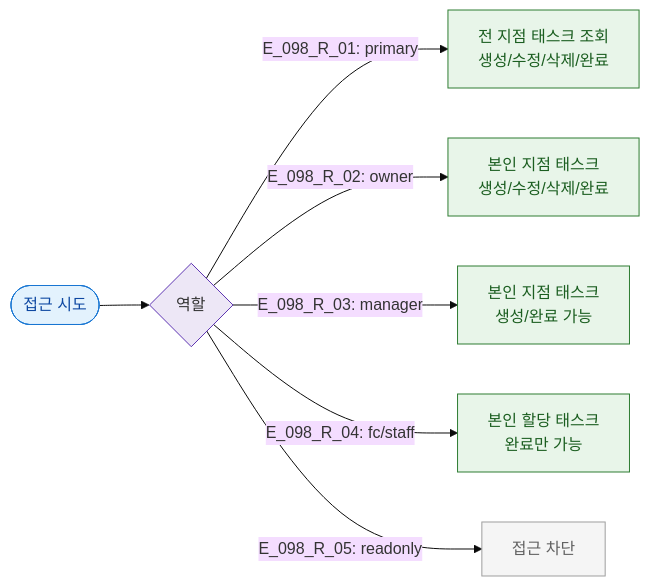
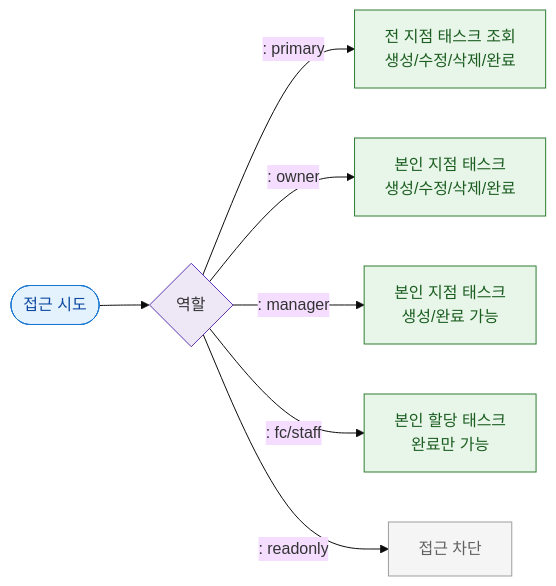
One commit to dev-spogym/admin-pando changed the diagram in docs/다이어그램/D10_본사관리/SCR-098_오늘의할일/F7_권한.md. Above: the diagram before and after it, drawn with Mermaid (base theme). The commit also changed other lines of this file and 1660 other files, not shown here.

First line of the commit message:
다이어그램: 기획자/클라이언트 납품본으로 정리

````diff
--- a/docs/다이어그램/D10_본사관리/SCR-098_오늘의할일/F7_권한.md
+++ b/docs/다이어그램/D10_본사관리/SCR-098_오늘의할일/F7_권한.md
@@ -14,20 +12,20 @@
 ```mermaid
 flowchart LR
   Entry([접근 시도]) --> Role{역할}
 
-  Role -->|"E_098_R_01: primary"| PrimaryView[전 지점 태스크 조회\n생성/수정/삭제/완료]
-  Role -->|"E_098_R_02: owner"| OwnerView[본인 지점 태스크\n생성/수정/삭제/완료]
-  Role -->|"E_098_R_03: manager"| ManagerView[본인 지점 태스크\n생성/완료 가능]
-  Role -->|"E_098_R_04: fc/staff"| StaffView[본인 할당 태스크\n완료만 가능]
-  Role -->|"E_098_R_05: readonly"| Blocked[접근 차단]
+  Role -->|": primary"|PrimaryView[전 지점 태스크 조회\n생성/수정/삭제/완료]
+  Role -->|": owner"|OwnerView[본인 지점 태스크\n생성/수정/삭제/완료]
+  Role -->|": manager"|ManagerView[본인 지점 태스크\n생성/완료 가능]
+  Role -->|": fc/staff"|StaffView[본인 할당 태스크\n완료만 가능]
+  Role -->|": readonly"|Blocked[접근 차단]
 
   classDef screen fill:#E3F2FD,stroke:#1976D2,color:#0D47A1
   classDef system fill:#EDE7F6,stroke:#5E35B2
   classDef success fill:#E8F5E9,stroke:#2E7D32,color:#1B5E20
   classDef rbacBlocked fill:#F5F5F5,stroke:#9E9E9E,color:#616161
 
   class Entry screen
   class Role system
   class PrimaryView,OwnerView,ManagerView,StaffView success
   class Blocked rbacBlocked
 ```
````
